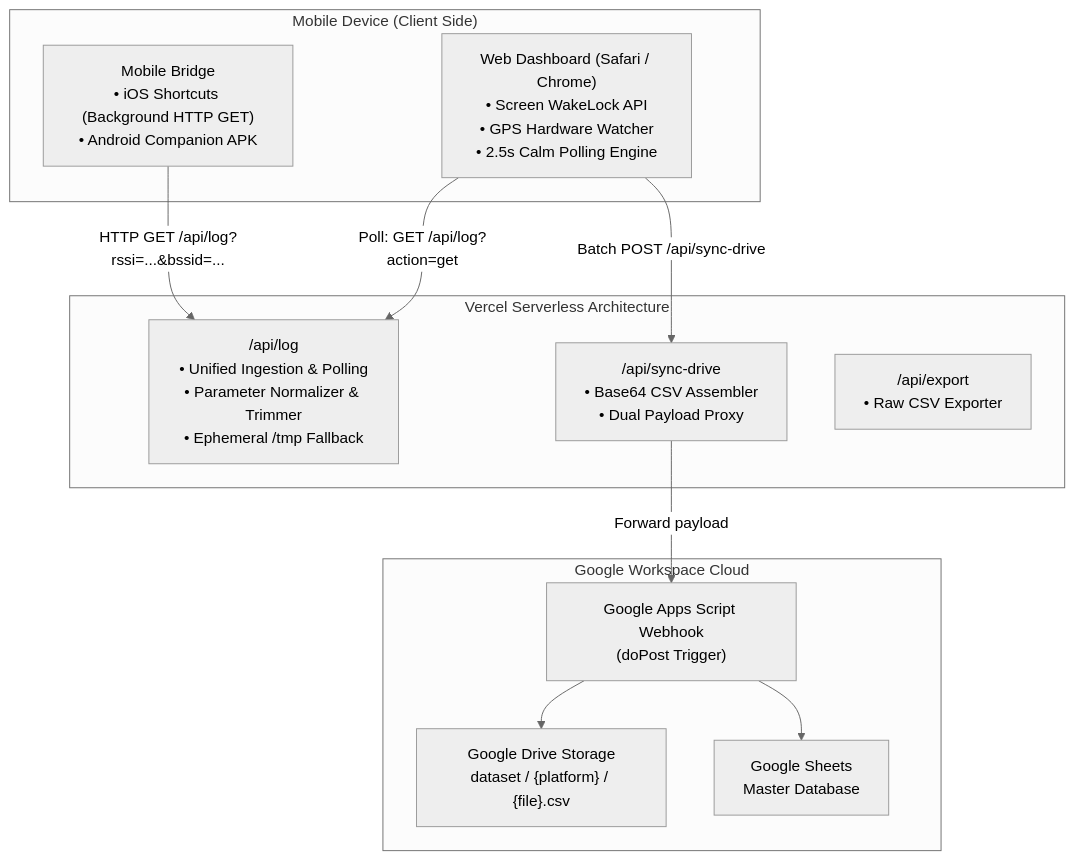
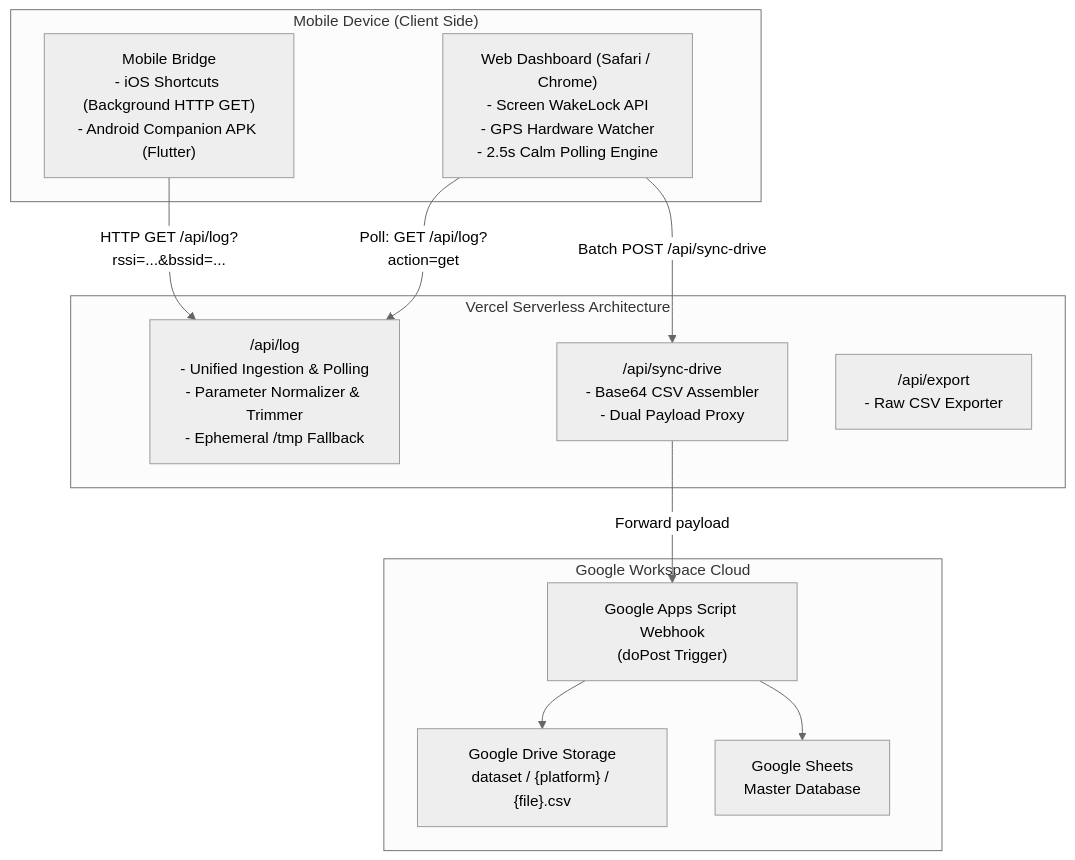
Before and after one commit to Kitsada4435/rssi-web-logger: the second of 2 diagrams in README.md, drawn with Mermaid (neutral theme). The commit also changed other lines of this file and 2 other files, not shown here.

````diff
--- a/README.md
+++ b/README.md
@@ -203,26 +205,26 @@
 ```mermaid
 flowchart TD
     subgraph MobileClient ["Mobile Device (Client Side)"]
-        UI["Web Dashboard (Safari / Chrome)<br>• Screen WakeLock API<br>• GPS Hardware Watcher<br>• 2.5s Calm Polling Engine"]
-        Bridge["Mobile Bridge<br>• iOS Shortcuts (Background HTTP GET)<br>• Android Companion APK"]
+        UI["Web Dashboard (Safari / Chrome)<br>- Screen WakeLock API<br>- GPS Hardware Watcher<br>- 2.5s Calm Polling Engine"]
+        Bridge["Mobile Bridge<br>- iOS Shortcuts (Background HTTP GET)<br>- Android Companion APK (Flutter)"]
     end
 
     subgraph VercelCloud ["Vercel Serverless Architecture"]
-        LogAPI["/api/log<br>• Unified Ingestion & Polling<br>• Parameter Normalizer & Trimmer<br>• Ephemeral /tmp Fallback"]
-        SyncAPI["/api/sync-drive<br>• Base64 CSV Assembler<br>• Dual Payload Proxy"]
-        ExportAPI["/api/export<br>• Raw CSV Exporter"]
+        LogAPI["/api/log<br>- Unified Ingestion & Polling<br>- Parameter Normalizer & Trimmer<br>- Ephemeral /tmp Fallback"]
+        SyncAPI["/api/sync-drive<br>- Base64 CSV Assembler<br>- Dual Payload Proxy"]
+        ExportAPI["/api/export<br>- Raw CSV Exporter"]
     end
 
     subgraph GoogleCloud ["Google Workspace Cloud"]
         GAS["Google Apps Script Webhook<br>(doPost Trigger)"]
         GDrive["Google Drive Storage<br>dataset / {platform} / {file}.csv"]
         GSheets["Google Sheets<br>Master Database"]
     end
 
     Bridge -- "HTTP GET /api/log?rssi=...&bssid=..." --> LogAPI
     UI -- "Poll: GET /api/log?action=get" --> LogAPI
     UI -- "Batch POST /api/sync-drive" --> SyncAPI
     SyncAPI -- "Forward payload" --> GAS
     GAS --> GDrive
     GAS --> GSheets
 ```
````
